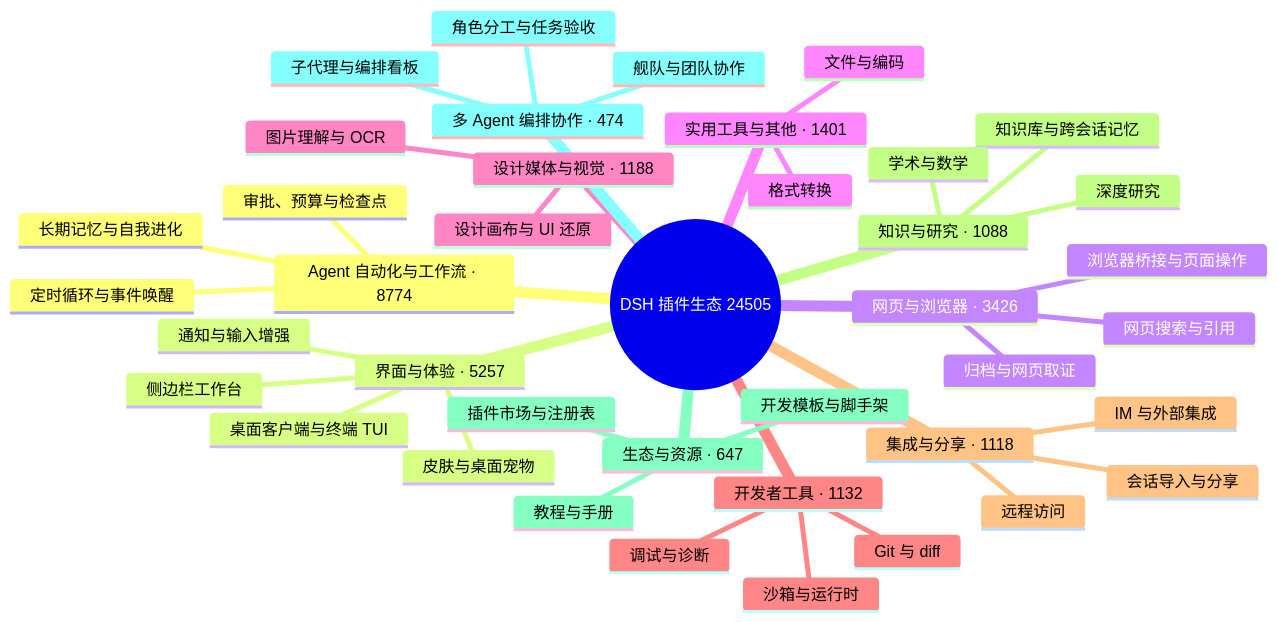
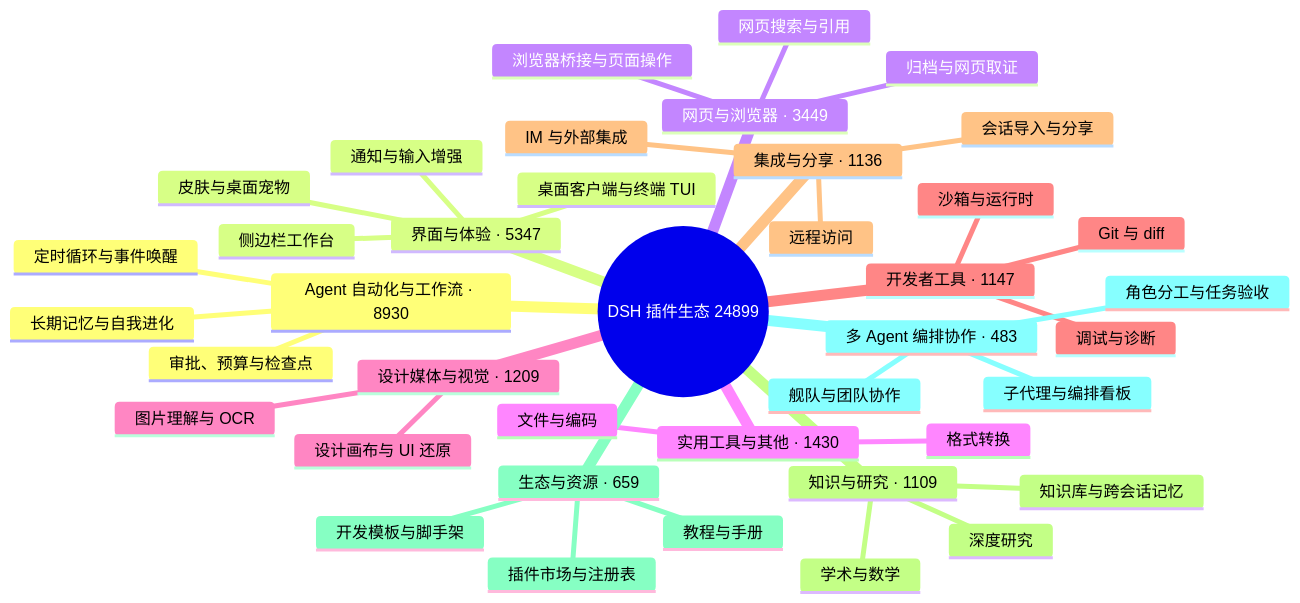
Before and after one commit to bruc3van/awesome-dsh-plugin: the diagram in README.md, drawn with Mermaid. The commit also changed other lines of this file and 28 other files, not shown here.

````diff
--- a/README.md
+++ b/README.md
@@ -32,43 +32,43 @@
 ```mermaid
 mindmap
-  root((DSH 插件生态 24505))
-    Agent 自动化与工作流 · 8774
+  root((DSH 插件生态 24899))
+    Agent 自动化与工作流 · 8930
       定时循环与事件唤醒
       长期记忆与自我进化
       审批、预算与检查点
-    界面与体验 · 5257
+    界面与体验 · 5347
       桌面客户端与终端 TUI
       侧边栏工作台
       皮肤与桌面宠物
       通知与输入增强
-    网页与浏览器 · 3426
+    网页与浏览器 · 3449
       浏览器桥接与页面操作
       网页搜索与引用
       归档与网页取证
-    实用工具与其他 · 1401
+    实用工具与其他 · 1430
       文件与编码
       格式转换
-    设计媒体与视觉 · 1188
+    设计媒体与视觉 · 1209
       图片理解与 OCR
       设计画布与 UI 还原
-    开发者工具 · 1132
+    开发者工具 · 1147
       Git 与 diff
       沙箱与运行时
       调试与诊断
-    集成与分享 · 1118
+    集成与分享 · 1136
       会话导入与分享
       远程访问
       IM 与外部集成
-    知识与研究 · 1088
+    知识与研究 · 1109
       知识库与跨会话记忆
       深度研究
       学术与数学
-    生态与资源 · 647
+    生态与资源 · 659
       插件市场与注册表
       开发模板与脚手架
       教程与手册
-    多 Agent 编排协作 · 474
+    多 Agent 编排协作 · 483
       子代理与编排看板
       舰队与团队协作
       角色分工与任务验收
 ```
````
